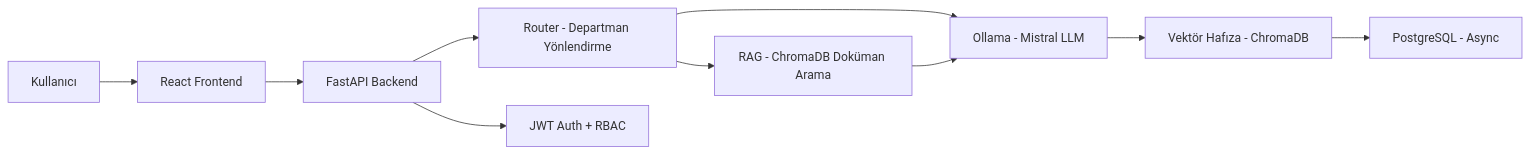
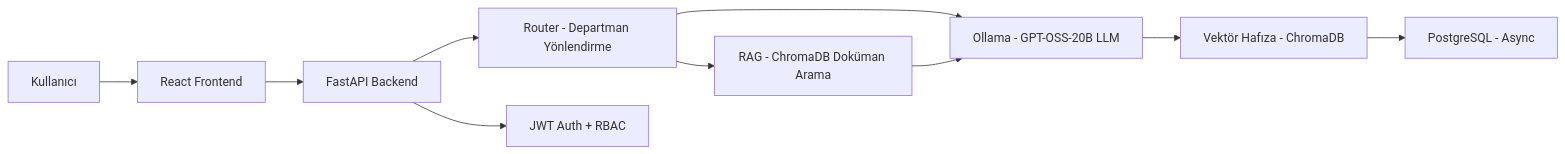
The diagram in reference.md (murtezaalemdar/CompanyAi), drawn with Mermaid before and after one commit. The commit also changed other lines of this file, not shown here.

````diff
--- a/reference.md
+++ b/reference.md
@@ -92,12 +92,12 @@
 ```mermaid
 flowchart LR
     A[Kullanıcı] --> B[React Frontend]
     B --> C[FastAPI Backend]
     C --> D[Router - Departman Yönlendirme]
     D --> E[RAG - ChromaDB Doküman Arama]
-    D --> F[Ollama - Mistral LLM]
+    D --> F[Ollama - GPT-OSS-20B LLM]
     E --> F
     F --> G[Vektör Hafıza - ChromaDB]
     G --> H[PostgreSQL - Async]
     C --> I[JWT Auth + RBAC]
 ```
````
